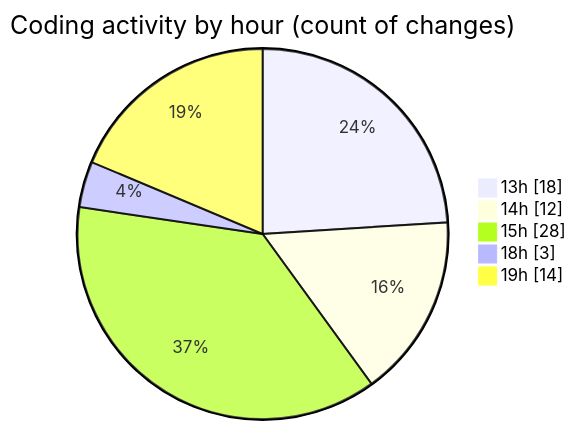
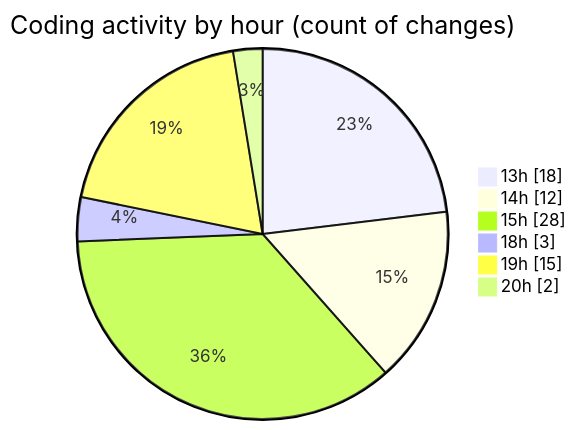
The second of 2 diagrams in 2025-06-16/studio-backend/README.md (idhammustaqopulfikri/code-tracking), drawn with Mermaid before and after one commit. The commit also changed other lines of this file and 1 other file, not shown here.

````diff
--- a/2025-06-16/studio-backend/README.md
+++ b/2025-06-16/studio-backend/README.md
@@ -45,9 +45,10 @@
 ```mermaid
 pie showData
 title Coding activity by hour (count of changes)
 "13h" : 18
 "14h" : 12
 "15h" : 28
 "18h" : 3
-"19h" : 14
+"19h" : 15
+"20h" : 2
 ```
````
